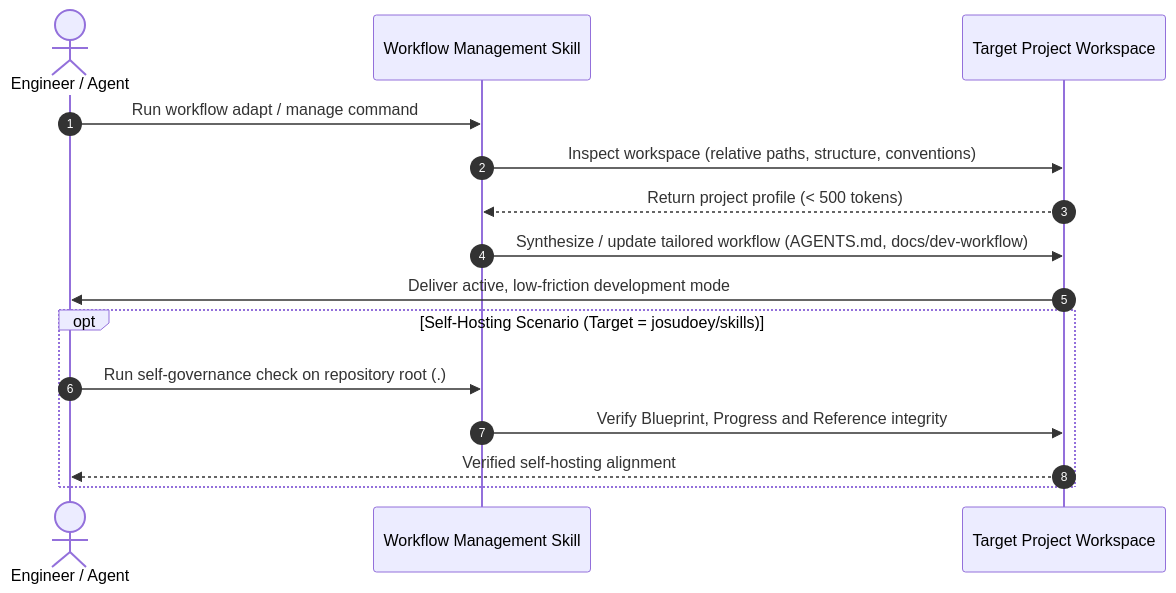
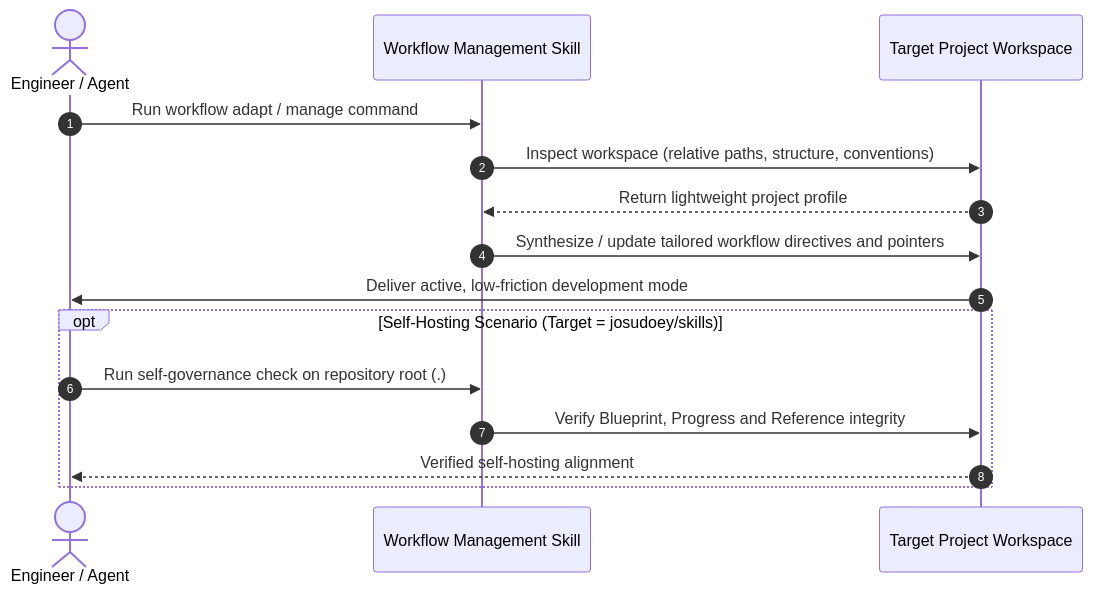
The second of 2 diagrams in docs/blueprint/1.1_adaptive-skill-bootstrap.md (josudoey/skills), drawn with Mermaid before and after one commit. The commit also changed other lines of this file, not shown here.

````diff
--- a/docs/blueprint/1.1_adaptive-skill-bootstrap.md
+++ b/docs/blueprint/1.1_adaptive-skill-bootstrap.md
@@ -78,19 +80,19 @@
 ```mermaid
 sequenceDiagram
     autonumber
     actor Dev as Engineer / Agent
     participant Skill as Workflow Management Skill
     participant Target as Target Project Workspace
 
     Dev->>Skill: Run workflow adapt / manage command
     Skill->>Target: Inspect workspace (relative paths, structure, conventions)
-    Target-->>Skill: Return project profile (< 500 tokens)
-    Skill->>Target: Synthesize / update tailored workflow (AGENTS.md, docs/dev-workflow)
+    Target-->>Skill: Return lightweight project profile
+    Skill->>Target: Synthesize / update tailored workflow directives and pointers
     Target->>Dev: Deliver active, low-friction development mode
     
     opt Self-Hosting Scenario (Target = josudoey/skills)
         Dev->>Skill: Run self-governance check on repository root (.)
         Skill->>Target: Verify Blueprint, Progress and Reference integrity
         Target-->>Dev: Verified self-hosting alignment
     end
 ```
````
